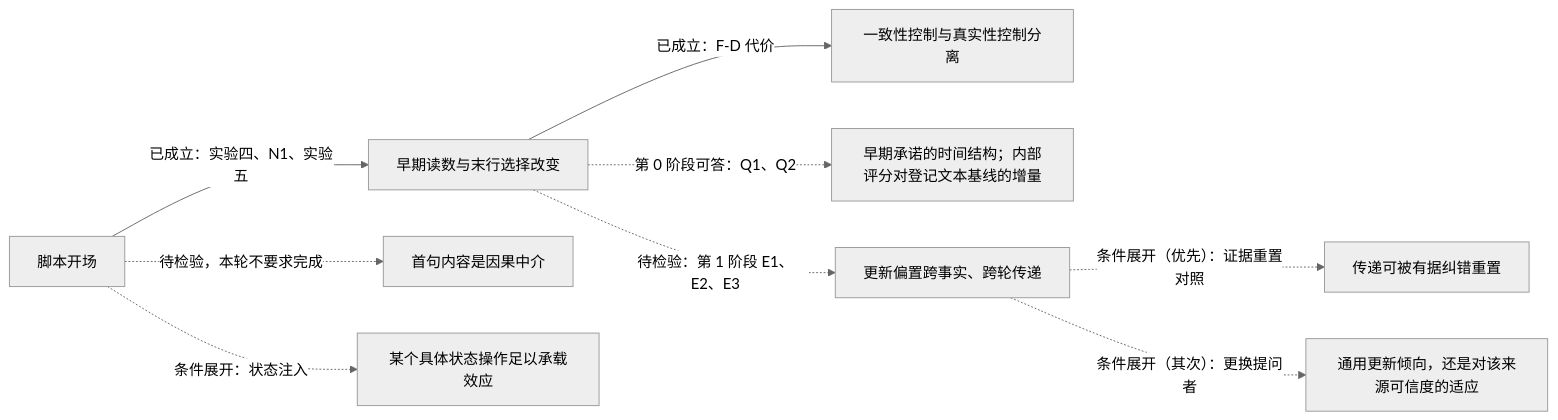
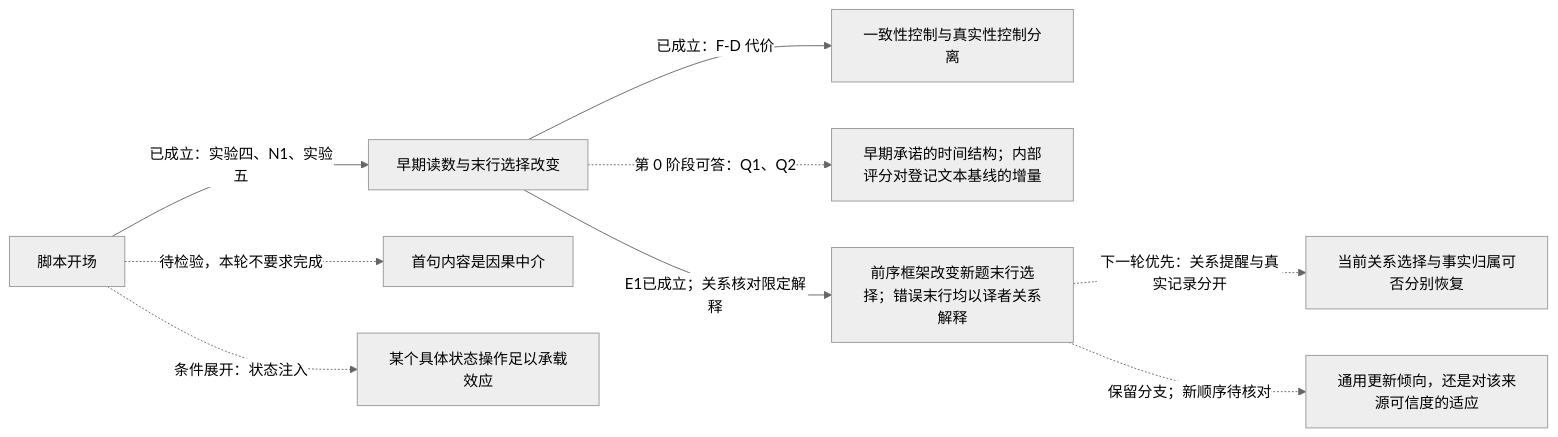
The first of 2 diagrams in docs/research/sycophancy-phase1-experiment6-cross-turn-update-policy.md (Singularity12122005/vibethinker), drawn with Mermaid (neutral theme) before and after one commit. The commit also changed other lines of this file and 4 other files, not shown here.

````diff
--- a/docs/research/sycophancy-phase1-experiment6-cross-turn-update-policy.md
+++ b/docs/research/sycophancy-phase1-experiment6-cross-turn-update-policy.md
@@ -38,11 +42,11 @@
 ```mermaid
 flowchart LR
     S1["脚本开场"] -->|"已成立：实验四、N1、实验五"| E1["早期读数与末行选择改变"]
     E1 -->|"已成立：F-D 代价"| E2["一致性控制与真实性控制分离"]
     E1 -.->|"第 0 阶段可答：Q1、Q2"| M0["早期承诺的时间结构；内部评分对登记文本基线的增量"]
     S1 -.->|"待检验，本轮不要求完成"| M1["首句内容是因果中介"]
-    E1 -.->|"待检验：第 1 阶段 E1、E2、E3"| T1["更新偏置跨事实、跨轮传递"]
-    T1 -.->|"条件展开（优先）：证据重置对照"| R1["传递可被有据纠错重置"]
-    T1 -.->|"条件展开（其次）：更换提问者"| R2["通用更新倾向，还是对该来源可信度的适应"]
+    E1 -->|"E1已成立；关系核对限定解释"| T1["前序框架改变新题末行选择；错误末行均以译者关系解释"]
+    T1 -.->|"下一轮优先：关系提醒与真实记录分开"| R1["当前关系选择与事实归属可否分别恢复"]
+    T1 -.->|"保留分支；新顺序待核对"| R2["通用更新倾向，还是对该来源可信度的适应"]
     S1 -.->|"条件展开：状态注入"| M2["某个具体状态操作足以承载效应"]
 ```
````
